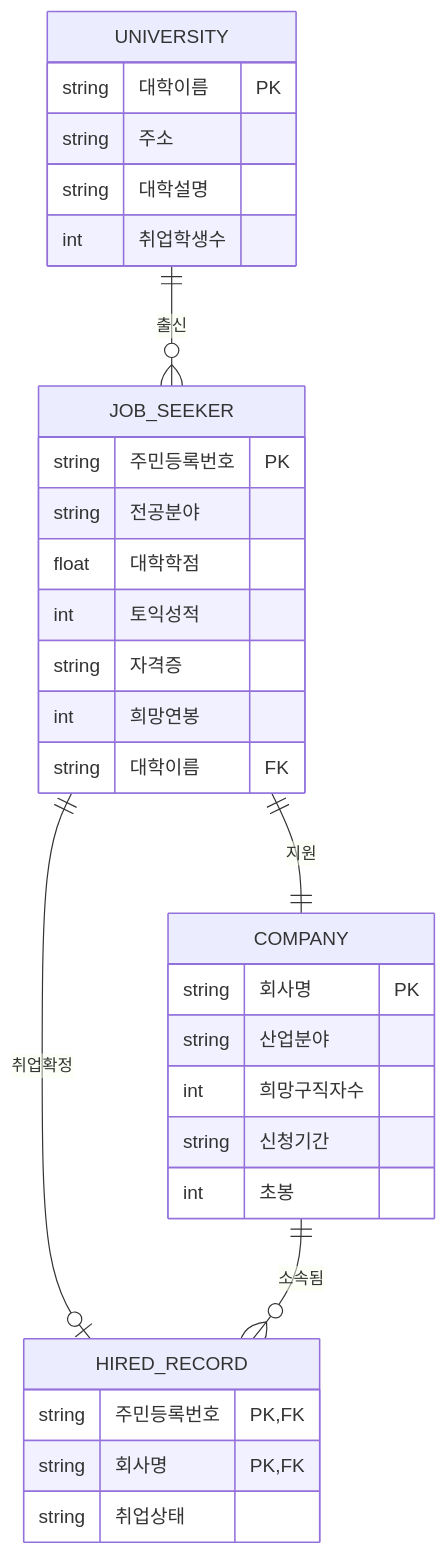
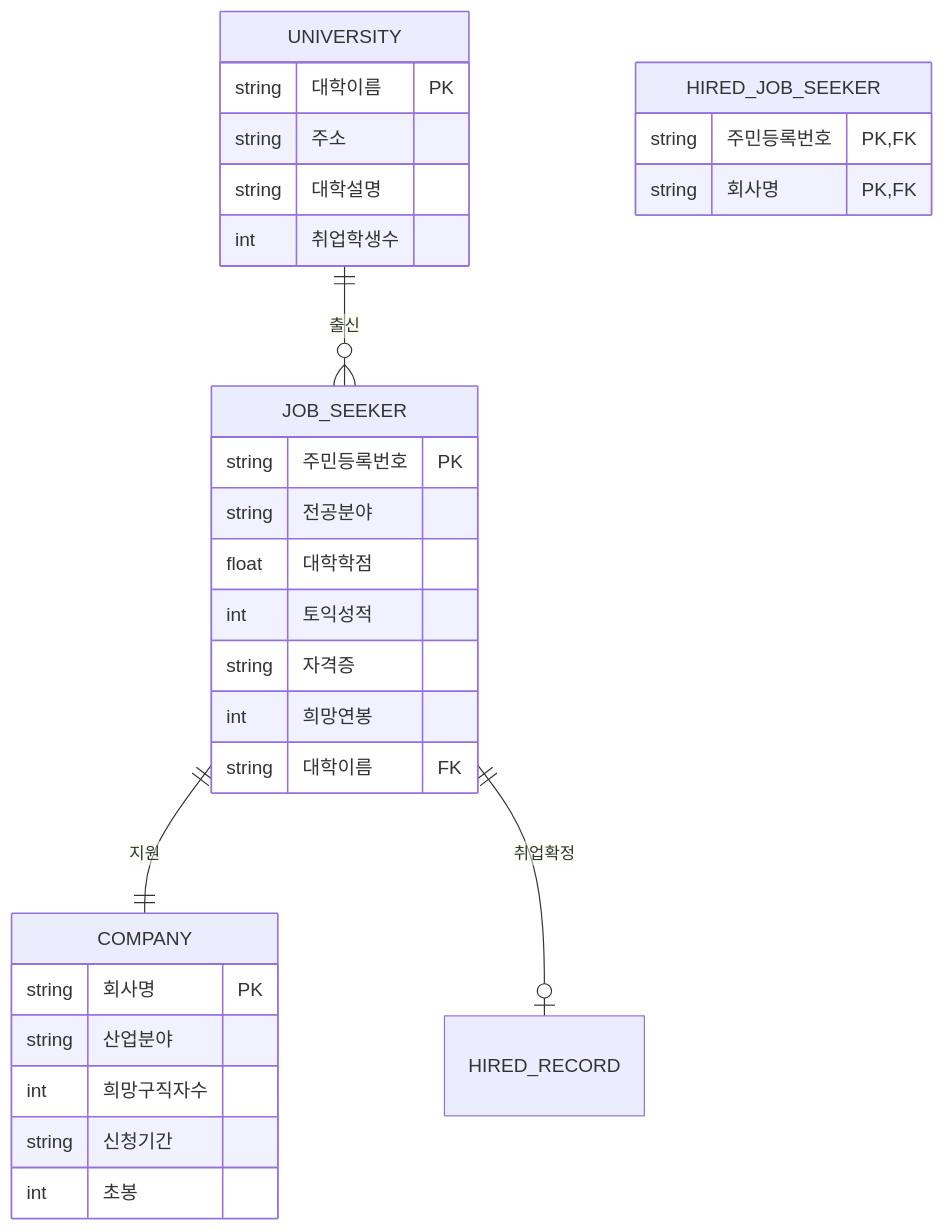
Before and after one commit to JuneYoung-II/temp: the first of 2 diagrams in er.md, drawn with Mermaid.

````diff
--- a/er.md
+++ b/er.md
@@ -2,39 +2,37 @@
 ```mermaid
 erDiagram
 
     COMPANY {
         string 회사명 PK
         string 산업분야
         int 희망구직자수
         string 신청기간
         int 초봉
     }
     
     JOB_SEEKER {
         string 주민등록번호 PK
         string 전공분야
         float 대학학점
         int 토익성적
         string 자격증
         int 희망연봉
         string 대학이름 FK
     }
     
     UNIVERSITY {
         string 대학이름 PK
         string 주소
         string 대학설명
         int 취업학생수
     }
 
-    HIRED_RECORD {
+    HIRED_JOB_SEEKER {
         string 주민등록번호 PK, FK
         string 회사명 PK, FK
-        string 취업상태
     }
 
     UNIVERSITY ||--o{ JOB_SEEKER : "출신"
     JOB_SEEKER ||--|| COMPANY : "지원"
     JOB_SEEKER ||--o| HIRED_RECORD : "취업확정"
-    COMPANY ||--o{ HIRED_RECORD : "소속됨"
 ```
````
